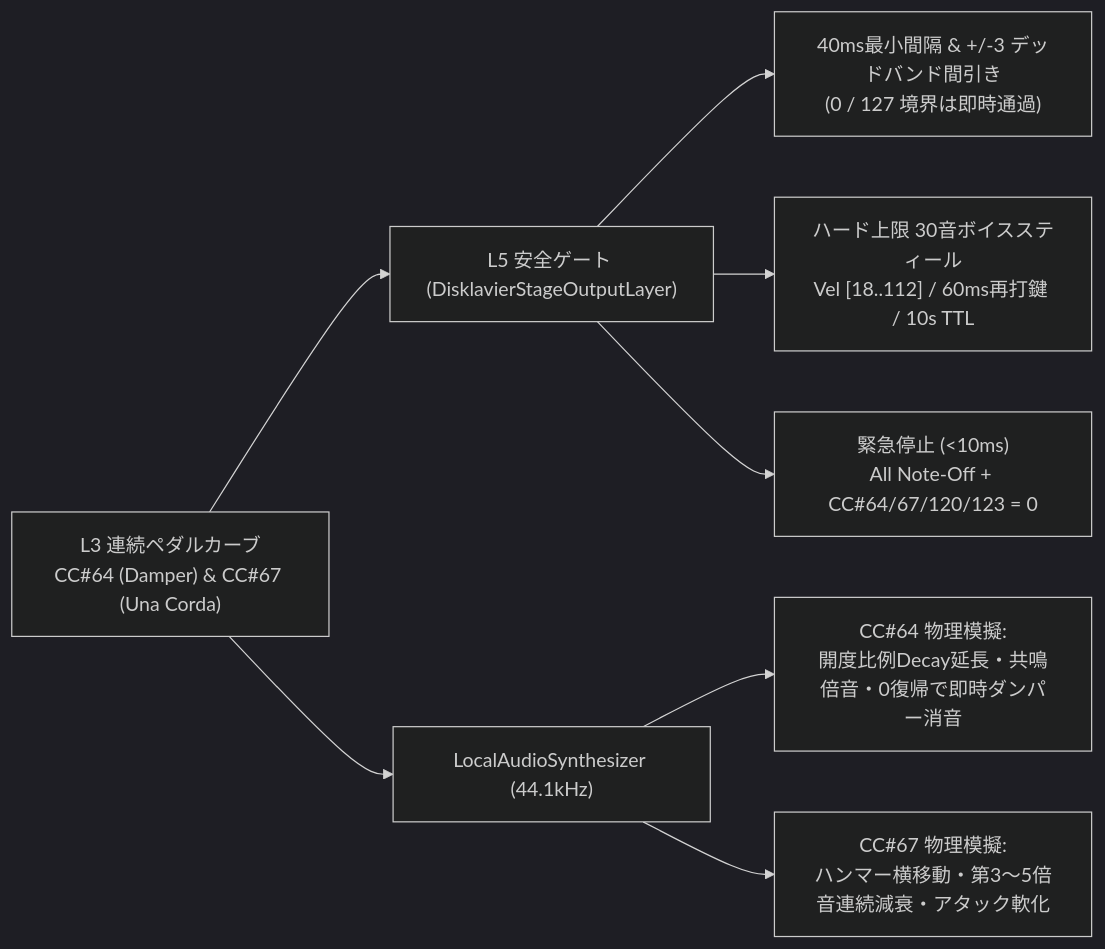
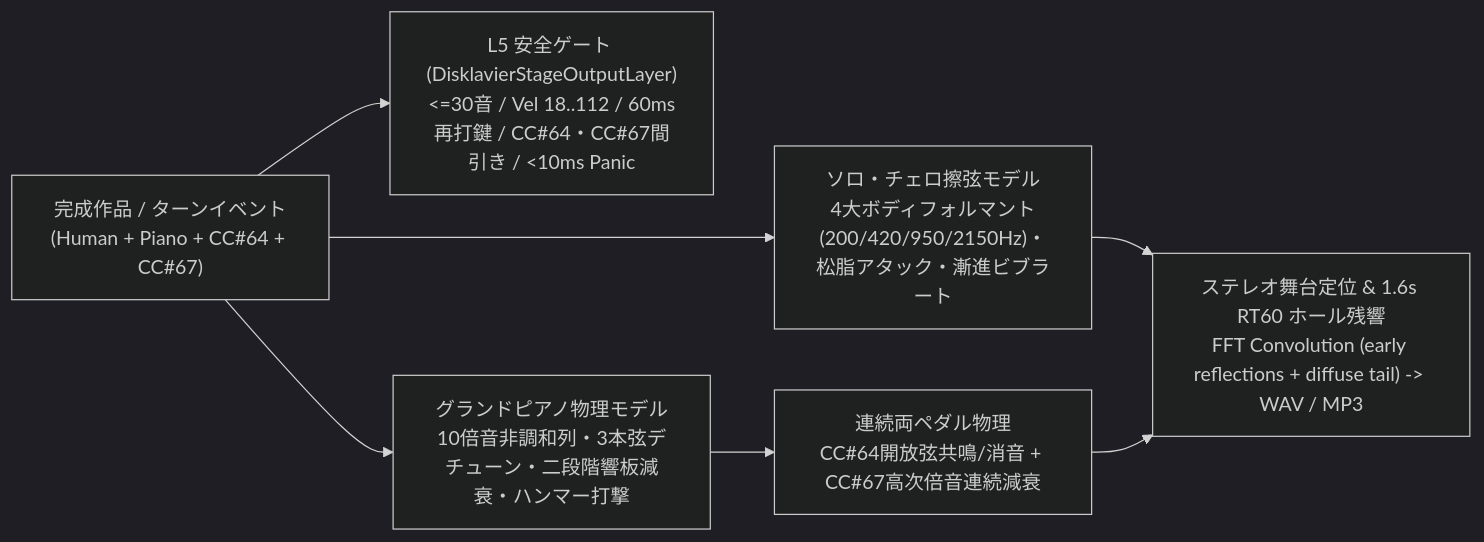
One commit to AI-Avalon/Disklavier-Auto changed the third of 3 diagrams in docs/ARCHITECTURE.md. Above: the diagram before and after it, drawn with Mermaid (dark theme). The commit also changed other lines of this file and 75 other files, not shown here.

Commit message:
feat(stage): 4幕共同作曲エンジン、RTX 3070フレーズ学習、ホール物理音響シンセ、完成デモ音源(MP3/WAV/MIDI/MusicXML)公開

````diff
--- a/docs/ARCHITECTURE.md
+++ b/docs/ARCHITECTURE.md
@@ -81,10 +76,9 @@
 ```mermaid
 flowchart LR
-    Curve["L3 連続ペダルカーブ\nCC#64 (Damper) & CC#67 (Una Corda)"] --> L5["L5 安全ゲート (DisklavierStageOutputLayer)"]
-    Curve --> Synth["LocalAudioSynthesizer (44.1kHz)"]
-    L5 --> Thin["40ms最小間隔 & +/-3 デッドバンド間引き\n(0 / 127 境界は即時通過)"]
-    L5 --> Poly["ハード上限 30音ボイススティール\nVel [18..112] / 60ms再打鍵 / 10s TTL"]
-    L5 --> Panic["緊急停止 (<10ms)\nAll Note-Off + CC#64/67/120/123 = 0"]
-    Synth --> Damper["CC#64 物理模擬:\n開度比例Decay延長・共鳴倍音・0復帰で即時ダンパー消音"]
-    Synth --> Una["CC#67 物理模擬:\nハンマー横移動・第3〜5倍音連続減衰・アタック軟化"]
+    Work["完成作品 / ターンイベント\n(Human + Piano + CC#64 + CC#67)"] --> L5["L5 安全ゲート (DisklavierStageOutputLayer)\n<=30音 / Vel 18..112 / 60ms再打鍵 / CC#64・CC#67間引き / <10ms Panic"]
+    Work --> Piano["グランドピアノ物理モデル\n10倍音非調和列・3本弦デチューン・二段階響板減衰・ハンマー打撃"]
+    Work --> Cello["ソロ・チェロ擦弦モデル\n4大ボディフォルマント(200/420/950/2150Hz)・松脂アタック・漸進ビブラート"]
+    Piano --> Pedals["連続両ペダル物理\nCC#64開放弦共鳴/消音 + CC#67高次倍音連続減衰"]
+    Cello --> Hall["ステレオ舞台定位 & 1.6s RT60 ホール残響\nFFT Convolution (early reflections + diffuse tail) -> WAV / MP3"]
+    Pedals --> Hall
 ```
````
